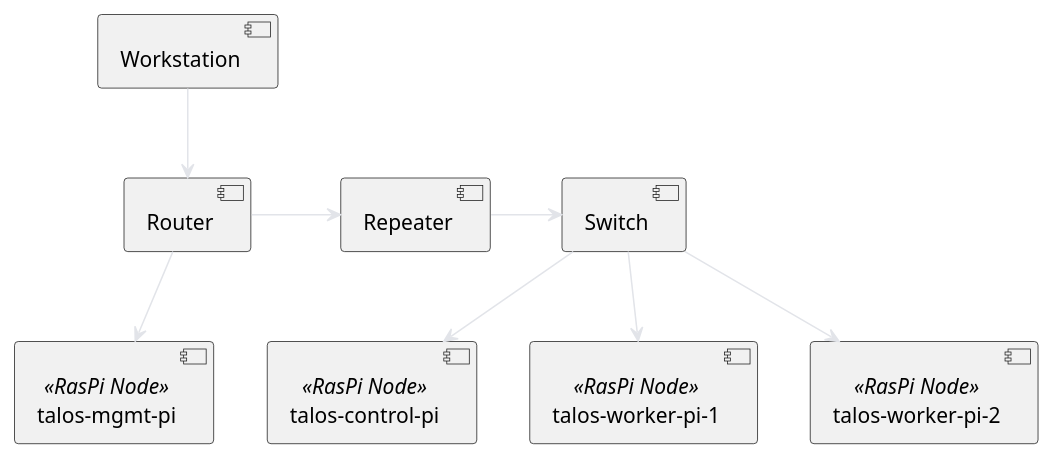
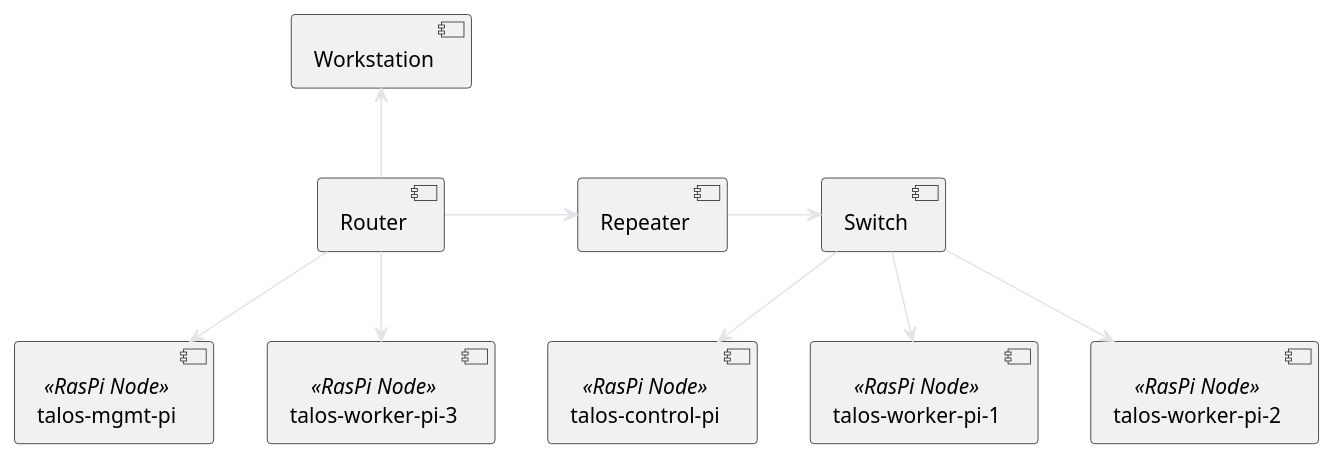
One commit to sommerfeld-io/configs-homelab changed the diagram in docs/nodes/talos/index.md. Above: the diagram before and after it, drawn with PlantUML. The commit also changed other lines of this file and 15 other files, not shown here.

````diff
--- a/docs/nodes/talos/index.md
+++ b/docs/nodes/talos/index.md
@@ -139,32 +128,34 @@
 ```kroki-plantuml
 @startuml
 
 skinparam linetype polyline
 skinparam backgroundColor transparent
 skinparam fontColor #E2E4E9
 skinparam arrowColor #E2E4E9
 
 skinparam activity {
     'FontName Ubuntu
     FontName Roboto
 }
 
 component ws as "Workstation"
 component Router
 component Repeater
 component Switch
 component pi_mgmt as "talos-mgmt-pi" <<RasPi Node>>
 component pi0 as "talos-control-pi" <<RasPi Node>>
 component pi1 as "talos-worker-pi-1" <<RasPi Node>>
 component pi2 as "talos-worker-pi-2" <<RasPi Node>>
+component pi3 as "talos-worker-pi-3" <<RasPi Node>>
 
-ws -down-> Router
+ws <-down- Router
 Router -right-> Repeater
 Router -down-> pi_mgmt
+Router -down-> pi3
 Repeater -right-> Switch
 Switch -down-> pi0
 Switch -down-> pi1
 Switch -down-> pi2
 
 @enduml
 ```
````
